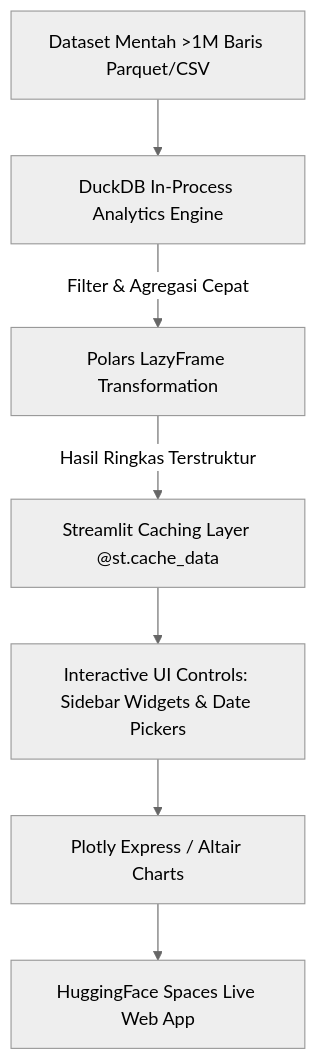
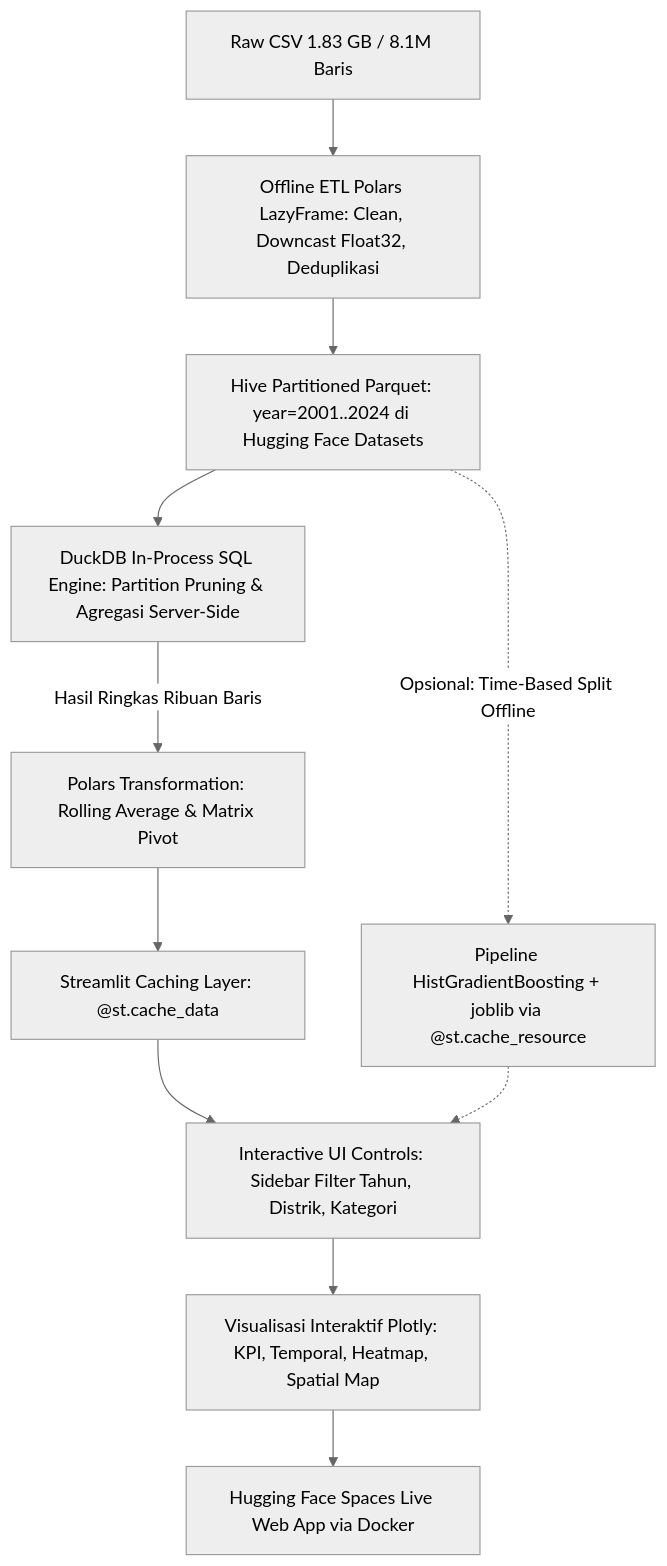
The diagram in docs/architecture.md (3cdiqolbu/tugas2-abd-2026), drawn with Mermaid (neutral theme) before and after one commit. The commit also changed other lines of this file, not shown here.

````diff
--- a/docs/architecture.md
+++ b/docs/architecture.md
@@ -42,9 +48,13 @@
 ```mermaid
 flowchart TD
-    A[Dataset Mentah >1M Baris Parquet/CSV] --> B[DuckDB In-Process Analytics Engine]
-    B -->|Filter & Agregasi Cepat| C[Polars LazyFrame Transformation]
-    C -->|Hasil Ringkas Terstruktur| D[Streamlit Caching Layer @st.cache_data]
-    D --> E[Interactive UI Controls: Sidebar Widgets & Date Pickers]
-    E --> F[Plotly Express / Altair Charts]
-    F --> G[HuggingFace Spaces Live Web App]
+    A[Raw CSV 1.83 GB / 8.1M Baris] --> B[Offline ETL Polars LazyFrame: Clean, Downcast Float32, Deduplikasi]
+    B --> C[Hive Partitioned Parquet: year=2001..2024 di Hugging Face Datasets]
+    C --> D[DuckDB In-Process SQL Engine: Partition Pruning & Agregasi Server-Side]
+    D -->|Hasil Ringkas Ribuan Baris| E[Polars Transformation: Rolling Average & Matrix Pivot]
+    E --> F[Streamlit Caching Layer: @st.cache_data]
+    F --> G[Interactive UI Controls: Sidebar Filter Tahun, Distrik, Kategori]
+    G --> H[Visualisasi Interaktif Plotly: KPI, Temporal, Heatmap, Spatial Map]
+    H --> I[Hugging Face Spaces Live Web App via Docker]
+    C -.->|Opsional: Time-Based Split Offline| J[Pipeline HistGradientBoosting + joblib via @st.cache_resource]
+    J -.-> G
 ```
````
